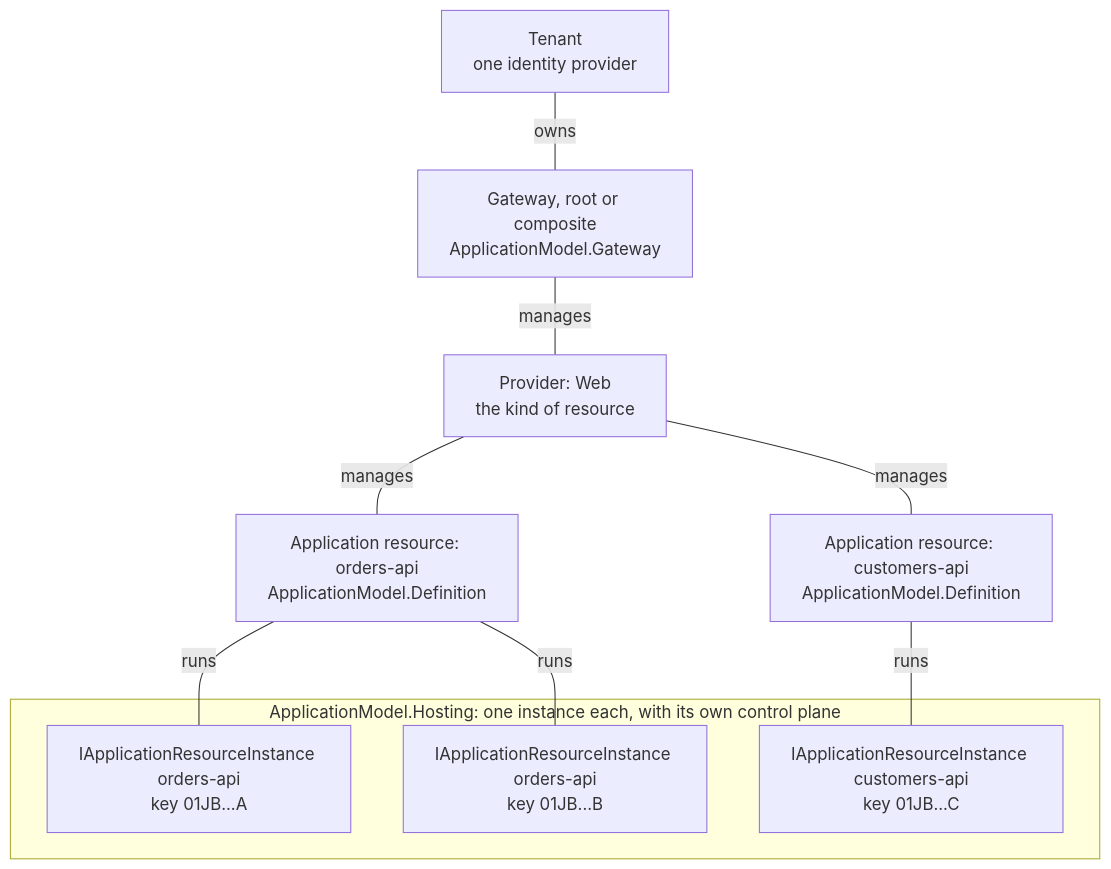
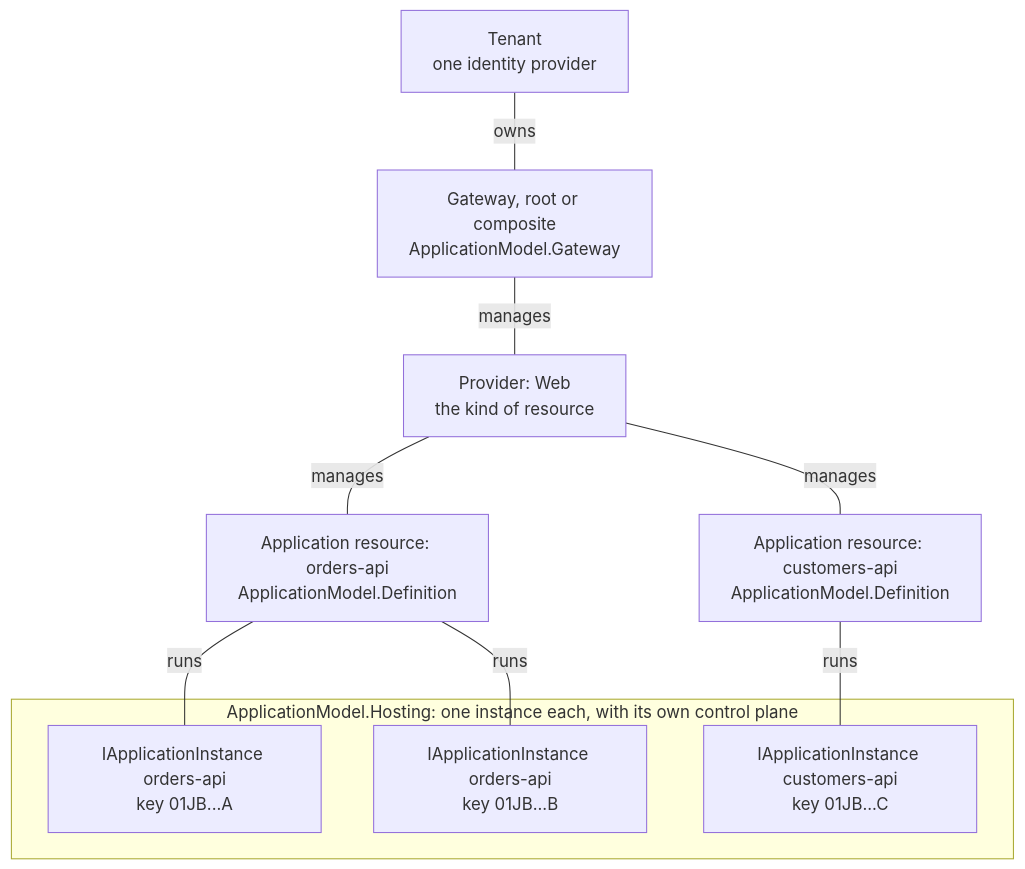
One commit to assimalign/cohesion changed the first of 2 diagrams in libraries/ApplicationModel/Assimalign.Cohesion.ApplicationModel.Hosting/docs/DESIGN.md. Above: the diagram before and after it, drawn with Mermaid. The commit also changed other lines of this file and 219 other files, not shown here.

````diff
--- a/libraries/ApplicationModel/Assimalign.Cohesion.ApplicationModel.Hosting/docs/DESIGN.md
+++ b/libraries/ApplicationModel/Assimalign.Cohesion.ApplicationModel.Hosting/docs/DESIGN.md
@@ -33,20 +35,20 @@
 ```mermaid
 flowchart TB
     tenant["Tenant<br/>one identity provider"]
     gateway["Gateway, root or composite<br/>ApplicationModel.Gateway"]
     provider["Provider: Web<br/>the kind of resource"]
     orders["Application resource: orders-api<br/>ApplicationModel.Definition"]
     customers["Application resource: customers-api<br/>ApplicationModel.Definition"]
     tenant ---|owns| gateway
     gateway ---|manages| provider
     provider ---|manages| orders
     provider ---|manages| customers
     orders ---|runs| a
     orders ---|runs| b
     customers ---|runs| c
     subgraph hr["ApplicationModel.Hosting: one instance each, with its own control plane"]
-        a["IApplicationResourceInstance orders-api<br/>key 01JB...A"]
-        b["IApplicationResourceInstance orders-api<br/>key 01JB...B"]
-        c["IApplicationResourceInstance customers-api<br/>key 01JB...C"]
+        a["IApplicationInstance orders-api<br/>key 01JB...A"]
+        b["IApplicationInstance orders-api<br/>key 01JB...B"]
+        c["IApplicationInstance customers-api<br/>key 01JB...C"]
     end
 ```
````
